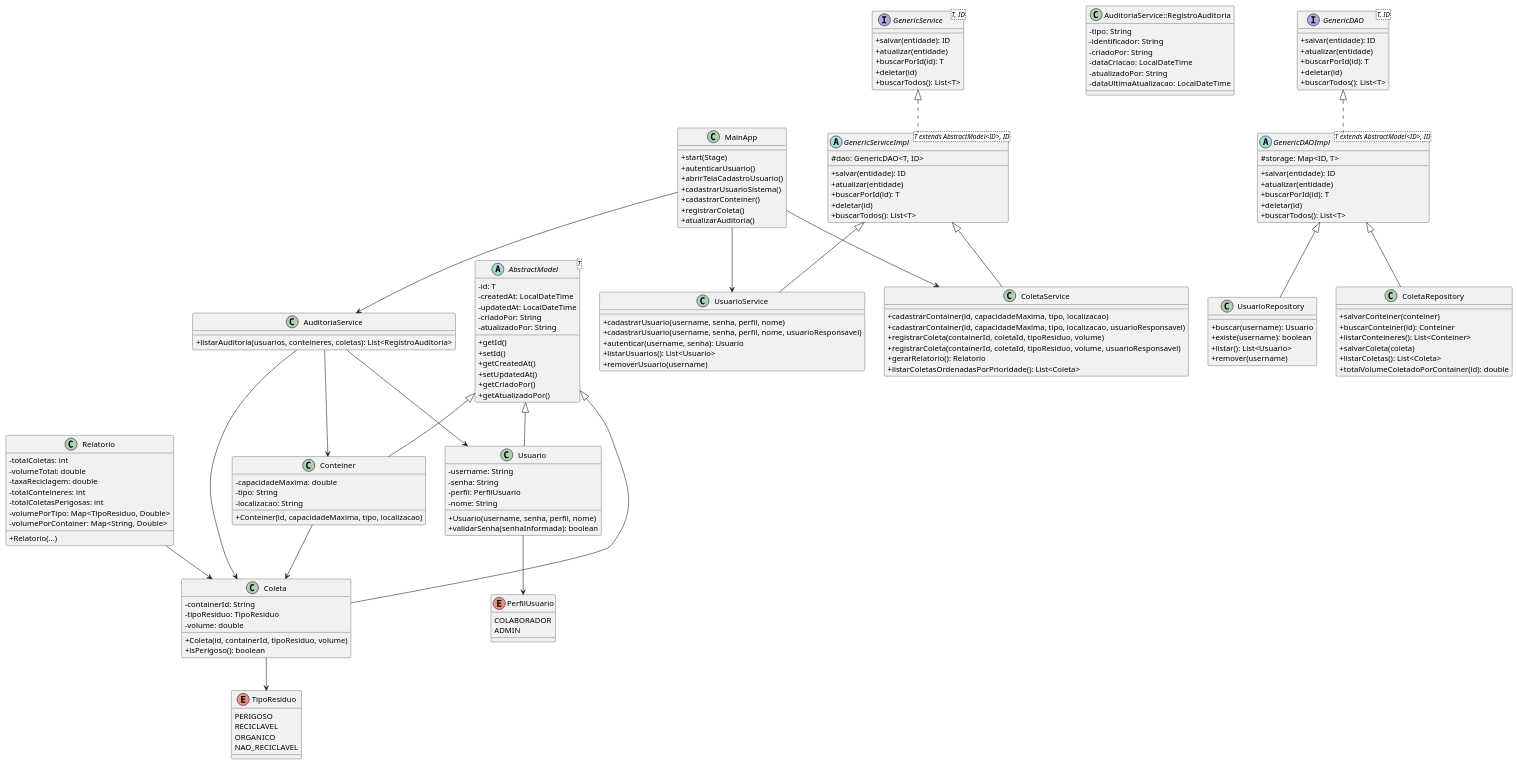
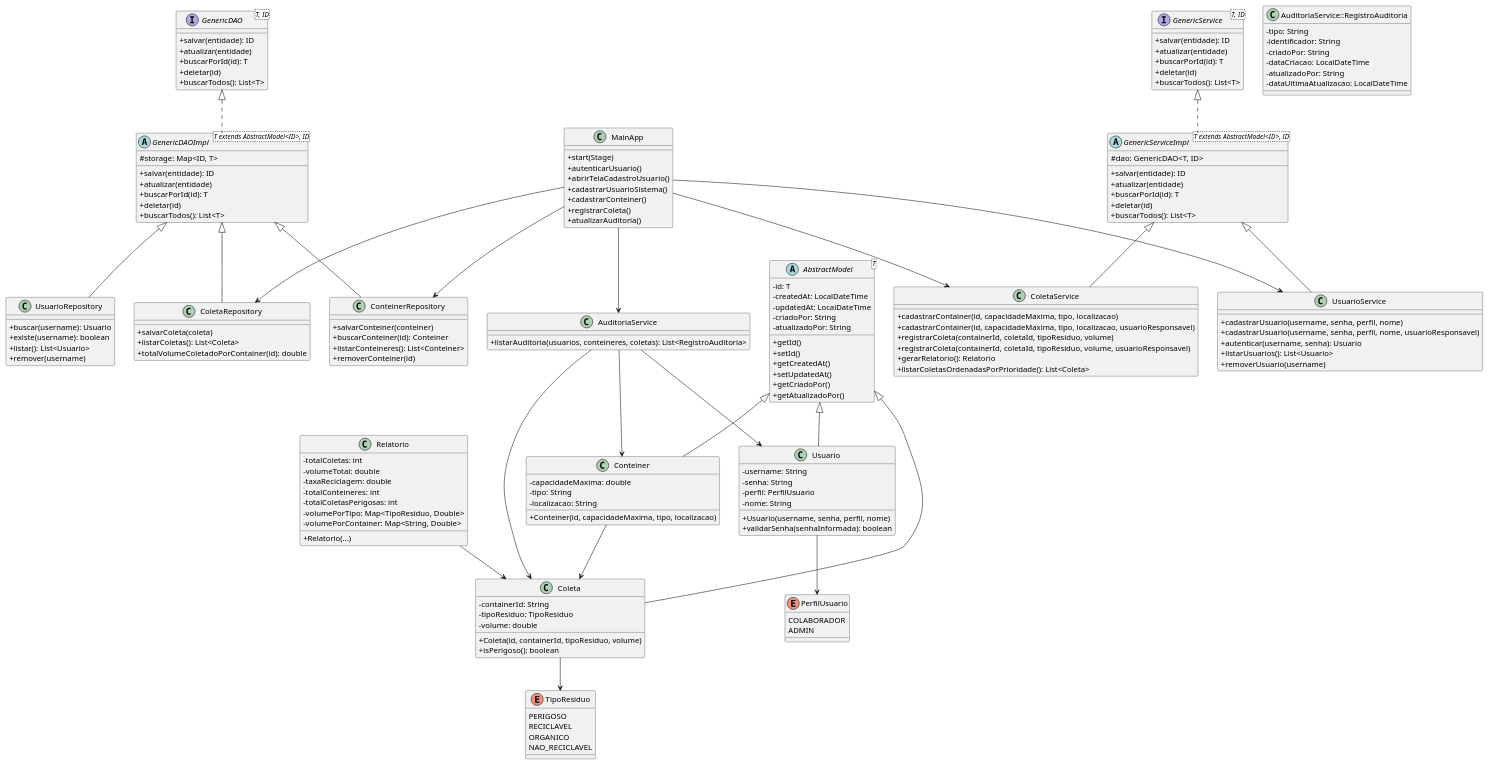
One commit to RiquelmiDev/Projeto_Final_POO_IFBA changed the diagram in docs/diagramaClasses.puml. Above: the diagram before and after it, drawn with PlantUML. The commit also changed 1 other file, not shown here.

Commit message:
feat: atualizar diagramas para incluir o repositório de contêiner e ajustar interações no diagrama de sequência

```diff
--- a/docs/diagramaClasses.puml
+++ b/docs/diagramaClasses.puml
@@ -1,176 +1,183 @@
 @startuml
 skinparam classAttributeIconSize 0
 
 class MainApp {
   + start(Stage)
   + autenticarUsuario()
   + abrirTelaCadastroUsuario()
   + cadastrarUsuarioSistema()
   + cadastrarConteiner()
   + registrarColeta()
   + atualizarAuditoria()
 }
 
 abstract class AbstractModel<T> {
   - id: T
   - createdAt: LocalDateTime
   - updatedAt: LocalDateTime
   - criadoPor: String
   - atualizadoPor: String
   + getId()
   + setId()
   + getCreatedAt()
   + setUpdatedAt()
   + getCriadoPor()
   + getAtualizadoPor()
 }
 
 enum PerfilUsuario {
   COLABORADOR
   ADMIN
 }
 
 enum TipoResiduo {
   PERIGOSO
   RECICLAVEL
   ORGANICO
   NAO_RECICLAVEL
 }
 
 class Usuario {
   - username: String
   - senha: String
   - perfil: PerfilUsuario
   - nome: String
   + Usuario(username, senha, perfil, nome)
   + validarSenha(senhaInformada): boolean
 }
 
 class Conteiner {
   - capacidadeMaxima: double
   - tipo: String
   - localizacao: String
   + Conteiner(id, capacidadeMaxima, tipo, localizacao)
 }
 
 class Coleta {
   - containerId: String
   - tipoResiduo: TipoResiduo
   - volume: double
   + Coleta(id, containerId, tipoResiduo, volume)
   + isPerigoso(): boolean
 }
 
 class Relatorio {
   - totalColetas: int
   - volumeTotal: double
   - taxaReciclagem: double
   - totalConteineres: int
   - totalColetasPerigosas: int
   - volumePorTipo: Map<TipoResiduo, Double>
   - volumePorContainer: Map<String, Double>
   + Relatorio(...)
 }
 
 class AuditoriaService {
   + listarAuditoria(usuarios, conteineres, coletas): List<RegistroAuditoria>
 }
 
 class AuditoriaService::RegistroAuditoria {
   - tipo: String
   - identificador: String
   - criadoPor: String
   - dataCriacao: LocalDateTime
   - atualizadoPor: String
   - dataUltimaAtualizacao: LocalDateTime
 }
 
 interface GenericDAO<T, ID> {
   + salvar(entidade): ID
   + atualizar(entidade)
   + buscarPorId(id): T
   + deletar(id)
   + buscarTodos(): List<T>
 }
 
 abstract class GenericDAOImpl<T extends AbstractModel<ID>, ID> {
   # storage: Map<ID, T>
   + salvar(entidade): ID
   + atualizar(entidade)
   + buscarPorId(id): T
   + deletar(id)
   + buscarTodos(): List<T>
 }
 
 interface GenericService<T, ID> {
   + salvar(entidade): ID
   + atualizar(entidade)
   + buscarPorId(id): T
   + deletar(id)
   + buscarTodos(): List<T>
 }
 
 abstract class GenericServiceImpl<T extends AbstractModel<ID>, ID> {
   # dao: GenericDAO<T, ID>
   + salvar(entidade): ID
   + atualizar(entidade)
   + buscarPorId(id): T
   + deletar(id)
   + buscarTodos(): List<T>
 }
 
 class UsuarioRepository {
   + buscar(username): Usuario
   + existe(username): boolean
   + listar(): List<Usuario>
   + remover(username)
 }
 
-class ColetaRepository {
+class ConteinerRepository {
   + salvarConteiner(conteiner)
   + buscarConteiner(id): Conteiner
   + listarConteineres(): List<Conteiner>
+  + removerConteiner(id)
+}
+
+class ColetaRepository {
   + salvarColeta(coleta)
   + listarColetas(): List<Coleta>
   + totalVolumeColetadoPorContainer(id): double
 }
 
 class UsuarioService {
   + cadastrarUsuario(username, senha, perfil, nome)
   + cadastrarUsuario(username, senha, perfil, nome, usuarioResponsavel)
   + autenticar(username, senha): Usuario
   + listarUsuarios(): List<Usuario>
   + removerUsuario(username)
 }
 
 class ColetaService {
   + cadastrarContainer(id, capacidadeMaxima, tipo, localizacao)
   + cadastrarContainer(id, capacidadeMaxima, tipo, localizacao, usuarioResponsavel)
   + registrarColeta(containerId, coletaId, tipoResiduo, volume)
   + registrarColeta(containerId, coletaId, tipoResiduo, volume, usuarioResponsavel)
   + gerarRelatorio(): Relatorio
   + listarColetasOrdenadasPorPrioridade(): List<Coleta>
 }
 
 AbstractModel <|-- Usuario
 AbstractModel <|-- Conteiner
 AbstractModel <|-- Coleta
 Usuario --> PerfilUsuario
 Coleta --> TipoResiduo
 Conteiner --> Coleta
 Relatorio --> Coleta
 AuditoriaService --> Usuario
 AuditoriaService --> Coleta
 AuditoriaService --> Conteiner
 
 GenericDAO <|.. GenericDAOImpl
 GenericService <|.. GenericServiceImpl
 GenericDAOImpl <|-- UsuarioRepository
 GenericDAOImpl <|-- ColetaRepository
+GenericDAOImpl <|-- ConteinerRepository
 GenericServiceImpl <|-- UsuarioService
 GenericServiceImpl <|-- ColetaService
 
 MainApp --> UsuarioService
 MainApp --> ColetaService
+MainApp --> ConteinerRepository
+MainApp --> ColetaRepository
 MainApp --> AuditoriaService
 @enduml
```
